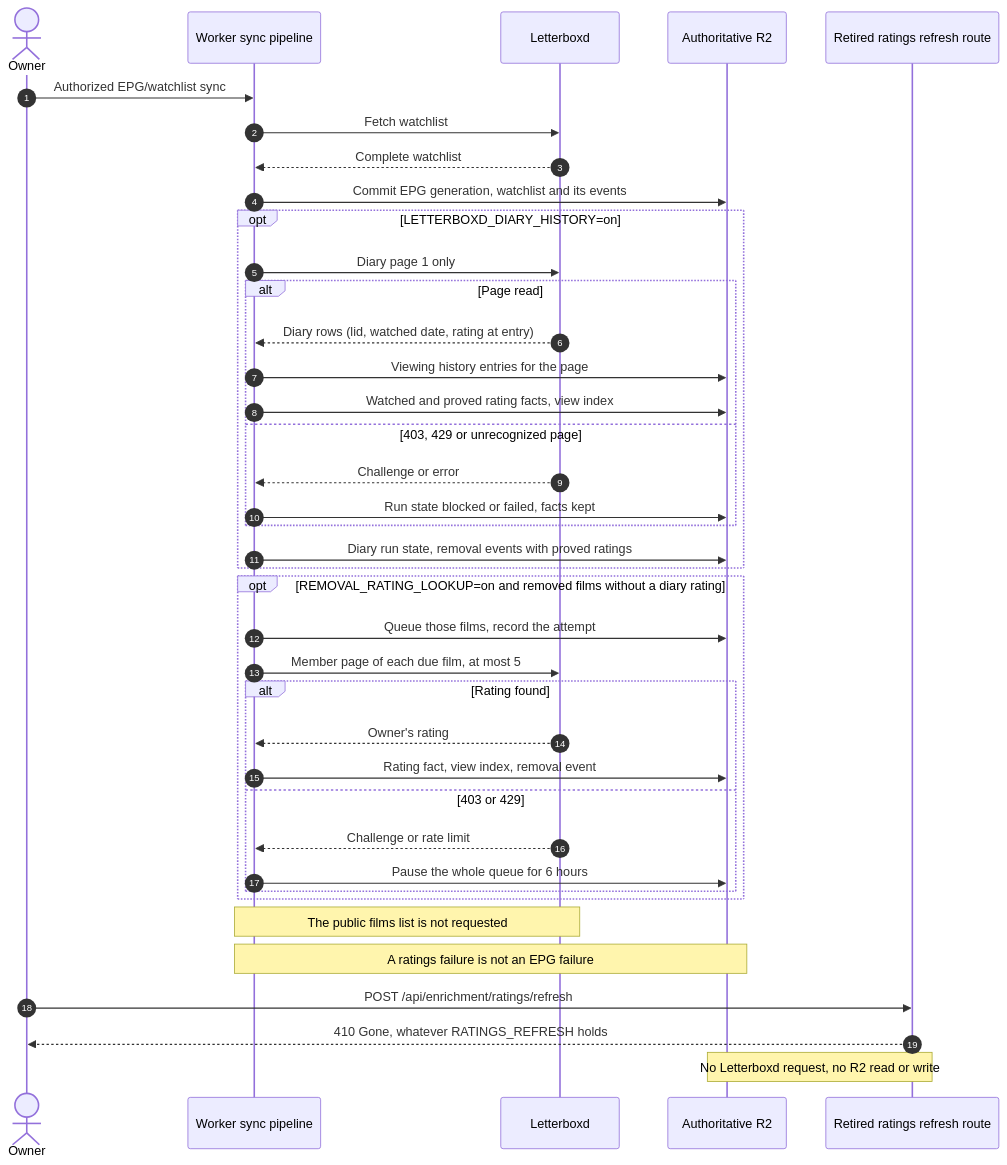
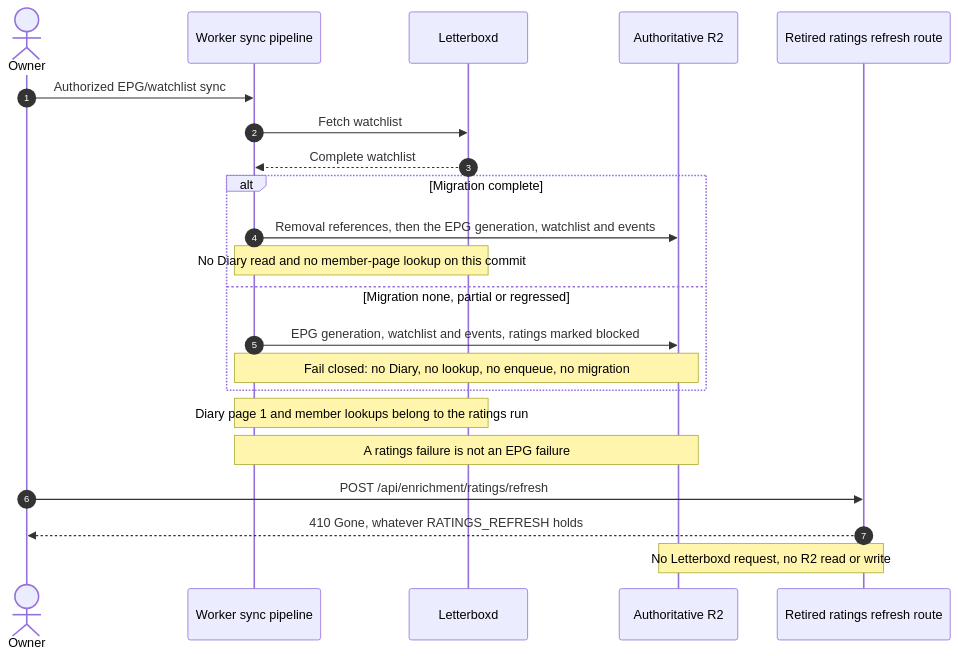
One commit to vladimino/iptv-watchlist changed the first of 4 diagrams in docs/architecture/letterboxd-ingestion.md. Above: the diagram before and after it, drawn with Mermaid. The commit also changed other lines of this file and 28 other files, not shown here.

First line of the commit message:
Retire RATINGS_PIPELINE so migrated ratings stay separate without the binding.

````diff
--- a/docs/architecture/letterboxd-ingestion.md
+++ b/docs/architecture/letterboxd-ingestion.md
@@ -5,41 +5,24 @@
 ```mermaid
 sequenceDiagram
     autonumber
     actor Owner
     participant Sync as Worker sync pipeline
     participant LB as Letterboxd
     participant R2 as Authoritative R2
     participant Retired as Retired ratings refresh route
     Owner->>Sync: Authorized EPG/watchlist sync
     Sync->>LB: Fetch watchlist
     LB-->>Sync: Complete watchlist
-    Sync->>R2: Commit EPG generation, watchlist and its events
-    opt LETTERBOXD_DIARY_HISTORY=on
-        Sync->>LB: Diary page 1 only
-        alt Page read
-            LB-->>Sync: Diary rows (lid, watched date, rating at entry)
-            Sync->>R2: Viewing history entries for the page
-            Sync->>R2: Watched and proved rating facts, view index
-        else 403, 429 or unrecognized page
-            LB-->>Sync: Challenge or error
-            Sync->>R2: Run state blocked or failed, facts kept
-        end
-        Sync->>R2: Diary run state, removal events with proved ratings
+    alt Migration complete
+        Sync->>R2: Removal references, then the EPG generation, watchlist and events
+        Note over Sync,LB: No Diary read and no member-page lookup on this commit
+    else Migration none, partial or regressed
+        Sync->>R2: EPG generation, watchlist and events, ratings marked blocked
+        Note over Sync,R2: Fail closed: no Diary, no lookup, no enqueue, no migration
     end
-    opt REMOVAL_RATING_LOOKUP=on and removed films without a diary rating
-        Sync->>R2: Queue those films, record the attempt
-        Sync->>LB: Member page of each due film, at most 5
-        alt Rating found
-            LB-->>Sync: Owner's rating
-            Sync->>R2: Rating fact, view index, removal event
-        else 403 or 429
-            LB-->>Sync: Challenge or rate limit
-            Sync->>R2: Pause the whole queue for 6 hours
-        end
-    end
-    Note over Sync,LB: The public films list is not requested
+    Note over Sync,LB: Diary page 1 and member lookups belong to the ratings run
     Note over Sync,R2: A ratings failure is not an EPG failure
     Owner->>Retired: POST /api/enrichment/ratings/refresh
     Retired-->>Owner: 410 Gone, whatever RATINGS_REFRESH holds
     Note over Retired,R2: No Letterboxd request, no R2 read or write
 ```
````
